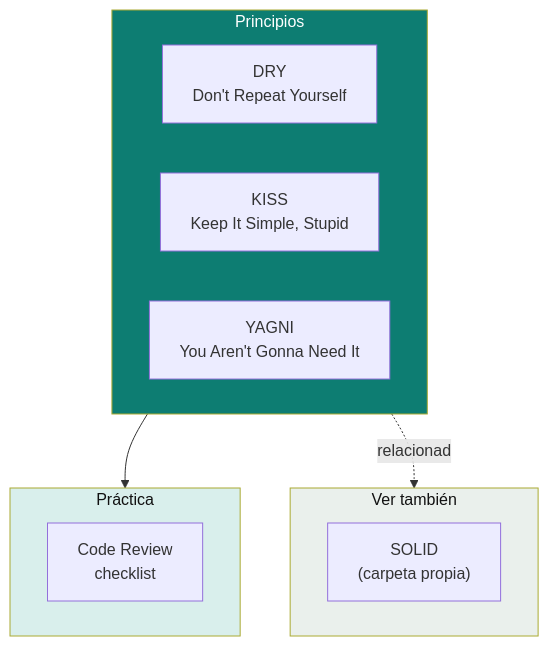
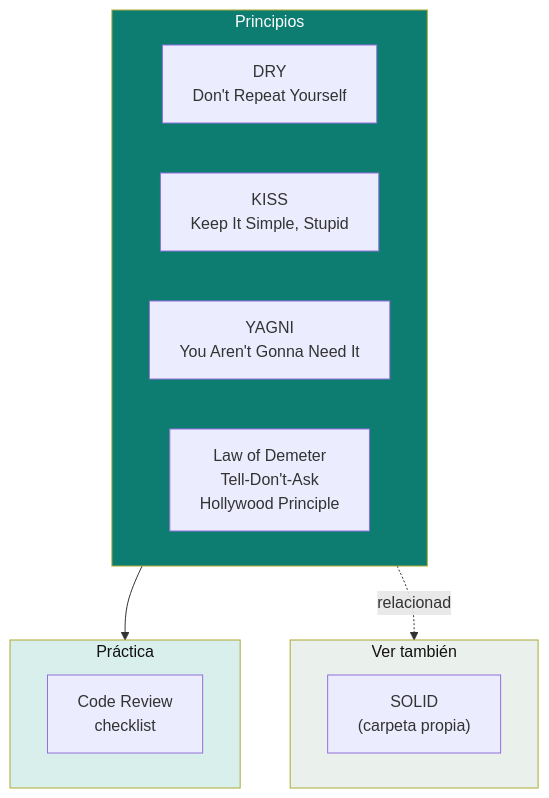
The diagram in clean-code/README.md (edzamo/software-engineering), drawn with Mermaid before and after one commit. The commit also changed other lines of this file and 30 other files, not shown here.

Commit message:
Add comprehensive documentation on NestJS persistence with TypeORM and Prisma, request lifecycle mechanisms, Spring Security authentication and authorization, SQL vs NoSQL databases, and API styles including REST, GraphQL, and gRPC.

````diff
--- a/clean-code/README.md
+++ b/clean-code/README.md
@@ -9,21 +9,22 @@
 ```mermaid
 graph TB
     subgraph principios[" Principios "]
         DRY["DRY<br/>Don't Repeat Yourself"]
         KISS["KISS<br/>Keep It Simple, Stupid"]
         YAGNI["YAGNI<br/>You Aren't Gonna Need It"]
+        OCP["Law of Demeter<br/>Tell-Don't-Ask<br/>Hollywood Principle"]
     end
     subgraph practica[" Práctica "]
         CR["Code Review<br/>checklist"]
     end
     subgraph externo[" Ver también "]
         SOLID["SOLID<br/>(carpeta propia)"]
     end
 
     principios --> practica
     principios -.relacionado.-> externo
 
     style principios fill:#0d7d72,color:#fff
     style practica fill:#d9efec,color:#111
     style externo fill:#eaf0ec,color:#111
 ```
````
